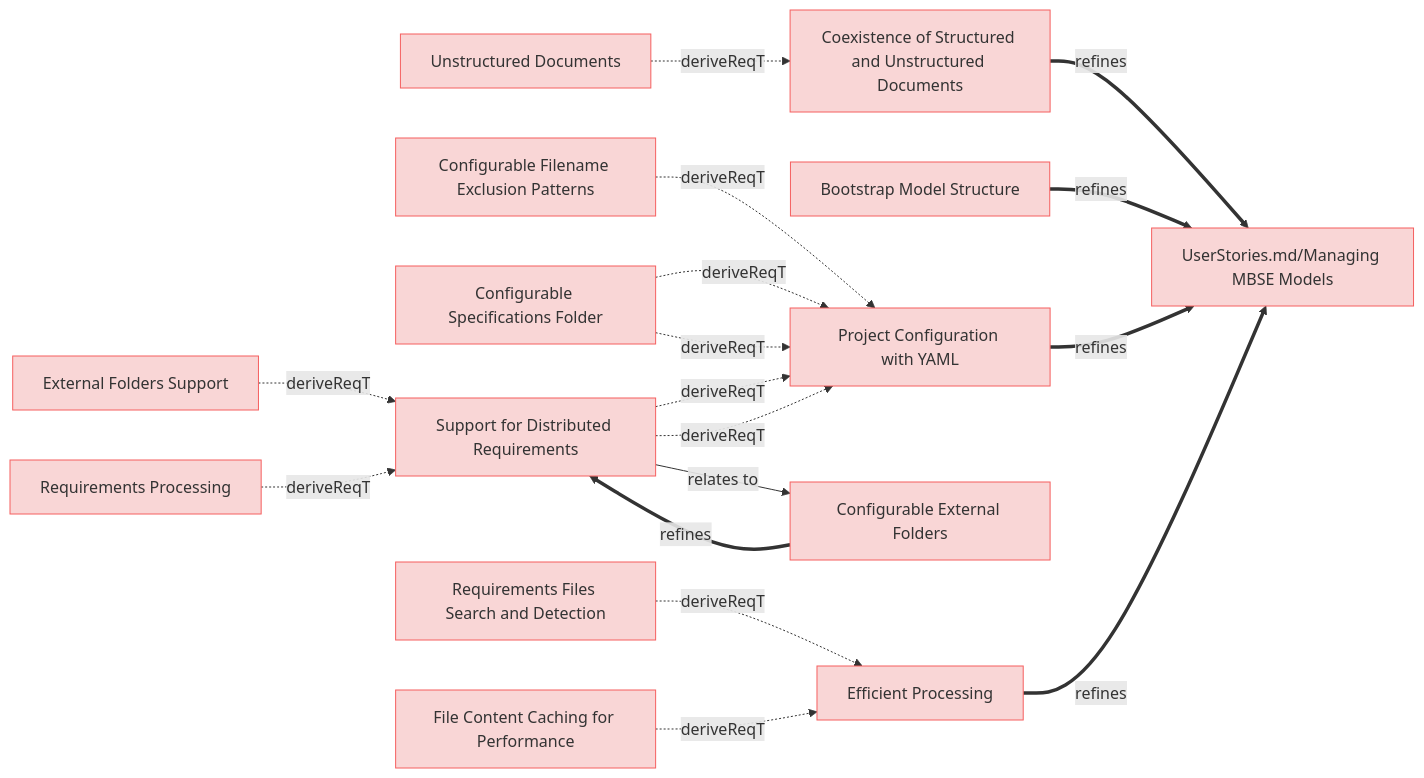
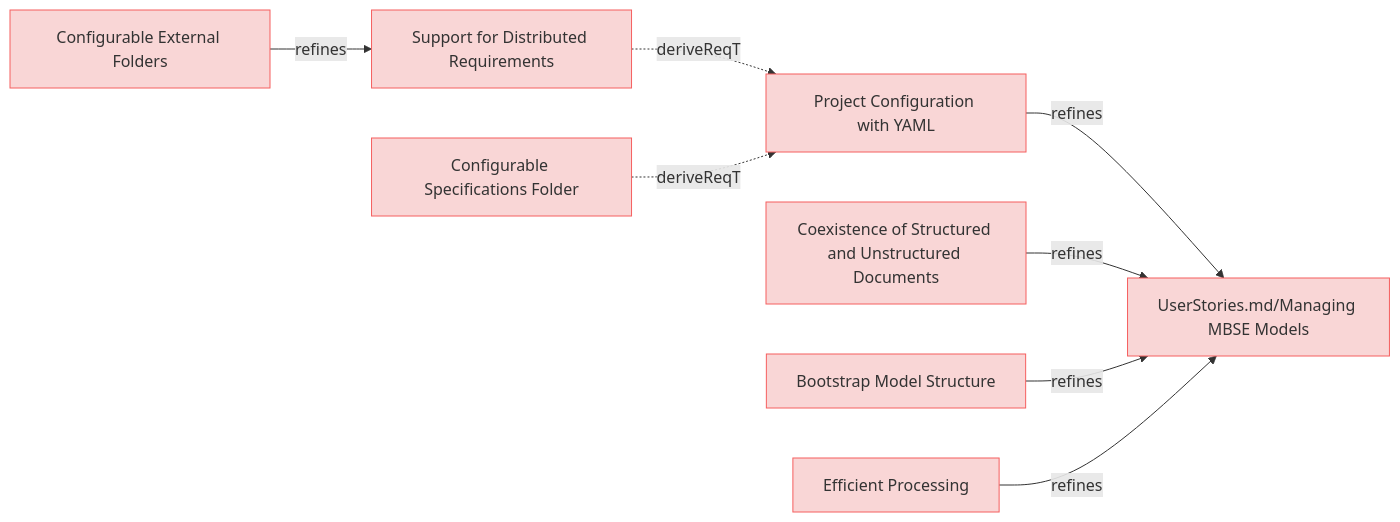
Before and after one commit to reqvire-org/reqvire: the diagram in specifications/ManagingMbseModelsRequirements.md, drawn with Mermaid. The commit also changed 65 other files, not shown here.

Commit message:
Diagram generation bug fix: there were opposite relations included.

````diff
--- a/specifications/ManagingMbseModelsRequirements.md
+++ b/specifications/ManagingMbseModelsRequirements.md
@@ -4,67 +4,40 @@
 ```mermaid
 graph LR;
   %% Graph styling
   classDef requirement fill:#f9d6d6,stroke:#f55f5f,stroke-width:1px;
   classDef verification fill:#d6f9d6,stroke:#5fd75f,stroke-width:1px;
   classDef externalLink fill:#d0e0ff,stroke:#3080ff,stroke-width:1px;
   classDef default fill:#f5f5f5,stroke:#333333,stroke-width:1px;
 
-  daadd8e583["Coexistence of Structured and Unstructured Documents"];
-  click daadd8e583 "ManagingMbseModelsRequirements.md#coexistence-of-structured-and-unstructured-documents";
-  class daadd8e583 requirement;
-  852dea6cfe["UserStories.md/Managing MBSE Models"];
-  class 852dea6cfe requirement;
-  click 852dea6cfe "UserStories.md#managing-mbse-models";
-  daadd8e583 ==>|refines| 852dea6cfe;
-  5a1719a264["Unstructured Documents"];
-  class 5a1719a264 requirement;
-  click 5a1719a264 "SystemRequirements/Requirements.md#unstructured-documents";
-  5a1719a264 -.->|deriveReqT| daadd8e583;
-  96bbd81f5c["Bootstrap Model Structure"];
-  click 96bbd81f5c "ManagingMbseModelsRequirements.md#bootstrap-model-structure";
-  class 96bbd81f5c requirement;
-  96bbd81f5c ==>|refines| 852dea6cfe;
-  ce24dbacb9["Project Configuration with YAML"];
-  click ce24dbacb9 "ManagingMbseModelsRequirements.md#project-configuration-with-yaml";
-  class ce24dbacb9 requirement;
-  ce24dbacb9 ==>|refines| 852dea6cfe;
-  cc8128cae3["Configurable Filename Exclusion Patterns"];
-  class cc8128cae3 requirement;
-  click cc8128cae3 "SystemRequirements/Requirements.md#configurable-filename-exclusion-patterns";
-  cc8128cae3 -.->|deriveReqT| ce24dbacb9;
-  61be4a1815["Configurable Specifications Folder"];
-  class 61be4a1815 requirement;
-  click 61be4a1815 "ManagingMbseModelsRequirements.md#configurable-specifications-folder";
-  61be4a1815 -.->|deriveReqT| ce24dbacb9;
-  e7286123b1["Support for Distributed Requirements"];
-  class e7286123b1 requirement;
-  click e7286123b1 "ManagingMbseModelsRequirements.md#support-for-distributed-requirements";
-  e7286123b1 -.->|deriveReqT| ce24dbacb9;
-  61be4a1815 -.->|deriveReqT| ce24dbacb9;
-  21e4eb87cb["Efficient Processing"];
-  click 21e4eb87cb "ManagingMbseModelsRequirements.md#efficient-processing";
-  class 21e4eb87cb requirement;
-  21e4eb87cb ==>|refines| 852dea6cfe;
-  2737f2d770["Requirements Files Search and Detection"];
-  class 2737f2d770 requirement;
-  click 2737f2d770 "SystemRequirements/Requirements.md#requirements-files-search-and-detection";
-  2737f2d770 -.->|deriveReqT| 21e4eb87cb;
-  98bd2bd6bd["File Content Caching for Performance"];
-  class 98bd2bd6bd requirement;
-  click 98bd2bd6bd "SystemRequirements/Requirements.md#file-content-caching-for-performance";
-  98bd2bd6bd -.->|deriveReqT| 21e4eb87cb;
-  e7286123b1 -.->|deriveReqT| ce24dbacb9;
-  d38ab4ad13["External Folders Support"];
-  class d38ab4ad13 requirement;
-  click d38ab4ad13 "SystemRequirements/Requirements.md#external-folders-support";
-  d38ab4ad13 -.->|deriveReqT| e7286123b1;
-  99bed90a0d["Requirements Processing"];
-  class 99bed90a0d requirement;
-  click 99bed90a0d "SystemRequirements/Requirements.md#requirements-processing";
-  99bed90a0d -.->|deriveReqT| e7286123b1;
-  a5483b08d4["Configurable External Folders"];
-  class a5483b08d4 requirement;
-  click a5483b08d4 "ManagingMbseModelsRequirements.md#configurable-external-folders";
-  e7286123b1 -->|relates to| a5483b08d4;
-  a5483b08d4 ==>|refines| e7286123b1;
+  ce24dbacb9646f3b["Project Configuration with YAML"];
+  click ce24dbacb9646f3b "ManagingMbseModelsRequirements.md#project-configuration-with-yaml";
+  class ce24dbacb9646f3b requirement;
+  852dea6cfecb47f5["UserStories.md/Managing MBSE Models"];
+  class 852dea6cfecb47f5 requirement;
+  click 852dea6cfecb47f5 "UserStories.md#managing-mbse-models";
+  ce24dbacb9646f3b -->|refines| 852dea6cfecb47f5;
+  daadd8e583647e4f["Coexistence of Structured and Unstructured Documents"];
+  click daadd8e583647e4f "ManagingMbseModelsRequirements.md#coexistence-of-structured-and-unstructured-documents";
+  class daadd8e583647e4f requirement;
+  daadd8e583647e4f -->|refines| 852dea6cfecb47f5;
+  a5483b08d4e8d960["Configurable External Folders"];
+  click a5483b08d4e8d960 "ManagingMbseModelsRequirements.md#configurable-external-folders";
+  class a5483b08d4e8d960 requirement;
+  e7286123b1b97862["Support for Distributed Requirements"];
+  class e7286123b1b97862 requirement;
+  click e7286123b1b97862 "ManagingMbseModelsRequirements.md#support-for-distributed-requirements";
+  a5483b08d4e8d960 -->|refines| e7286123b1b97862;
+  96bbd81f5cefdfd4["Bootstrap Model Structure"];
+  click 96bbd81f5cefdfd4 "ManagingMbseModelsRequirements.md#bootstrap-model-structure";
+  class 96bbd81f5cefdfd4 requirement;
+  96bbd81f5cefdfd4 -->|refines| 852dea6cfecb47f5;
+  e7286123b1b97862 -.->|deriveReqT| ce24dbacb9646f3b;
+  21e4eb87cb55ea5e["Efficient Processing"];
+  click 21e4eb87cb55ea5e "ManagingMbseModelsRequirements.md#efficient-processing";
+  class 21e4eb87cb55ea5e requirement;
+  21e4eb87cb55ea5e -->|refines| 852dea6cfecb47f5;
+  61be4a1815b94bfd["Configurable Specifications Folder"];
+  click 61be4a1815b94bfd "ManagingMbseModelsRequirements.md#configurable-specifications-folder";
+  class 61be4a1815b94bfd requirement;
+  61be4a1815b94bfd -.->|deriveReqT| ce24dbacb9646f3b;
 ```
````
